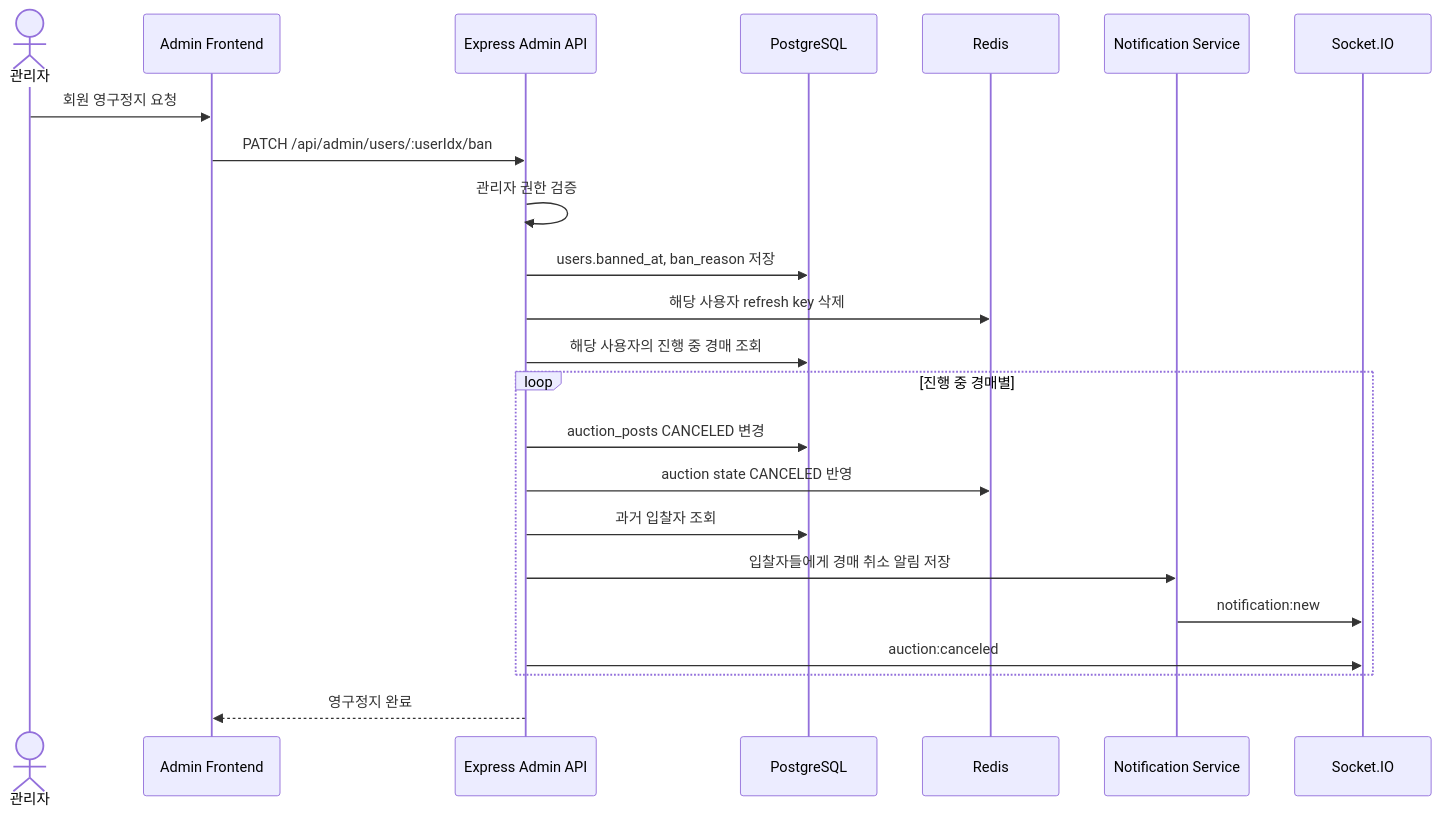
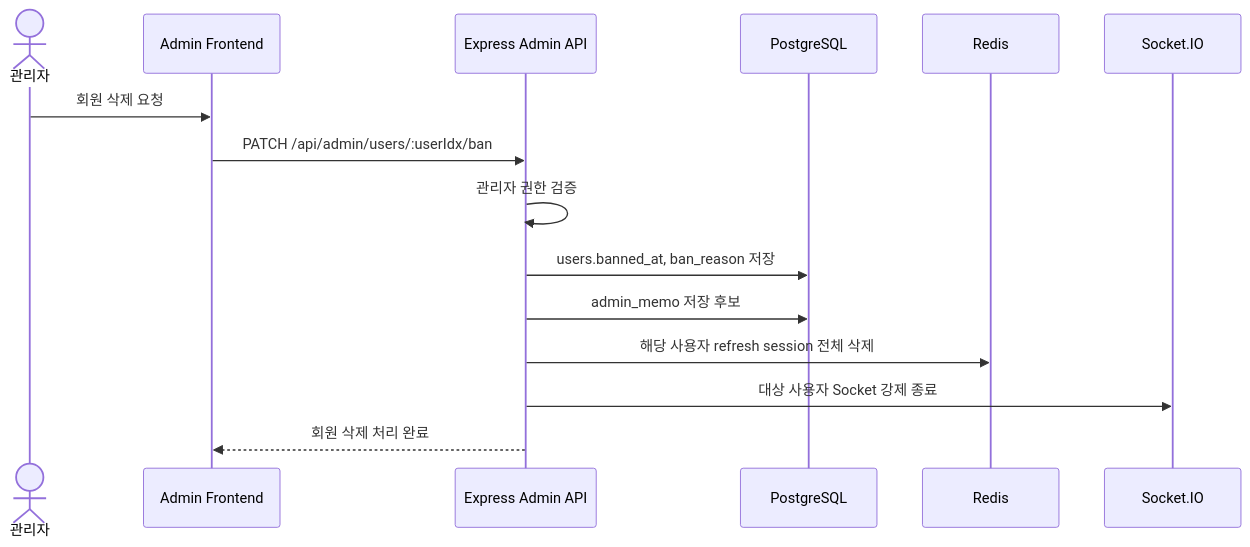
One commit to hurwan0629/potato-land changed the diagram in docs/Potato-Land-Docs/04. 다이어그램/G-01 관리자 영구정지 경매취소 시퀀스.md. Above: the diagram before and after it, drawn with Mermaid. The commit also changed other lines of this file and 27 other files, not shown here.

Commit message:
docs: update docs and synchronize with front flow

````diff
--- a/docs/Potato-Land-Docs/04. 다이어그램/G-01 관리자 영구정지 경매취소 시퀀스.md
+++ b/docs/Potato-Land-Docs/04. 다이어그램/G-01 관리자 영구정지 경매취소 시퀀스.md
@@ -3,26 +3,18 @@
 ```mermaid
 sequenceDiagram
     actor Admin as 관리자
     participant F as Admin Frontend
     participant A as Express Admin API
     participant D as PostgreSQL
     participant R as Redis
-    participant N as Notification Service
     participant IO as Socket.IO
 
-    Admin->>F: 회원 영구정지 요청
+    Admin->>F: 회원 삭제 요청
     F->>A: PATCH /api/admin/users/:userIdx/ban
     A->>A: 관리자 권한 검증
     A->>D: users.banned_at, ban_reason 저장
-    A->>R: 해당 사용자 refresh key 삭제
-    A->>D: 해당 사용자의 진행 중 경매 조회
-    loop 진행 중 경매별
-        A->>D: auction_posts CANCELED 변경
-        A->>R: auction state CANCELED 반영
-        A->>D: 과거 입찰자 조회
-        A->>N: 입찰자들에게 경매 취소 알림 저장
-        N->>IO: notification:new
-        A->>IO: auction:canceled
-    end
-    A-->>F: 영구정지 완료
+    A->>D: admin_memo 저장 후보
+    A->>R: 해당 사용자 refresh session 전체 삭제
+    A->>IO: 대상 사용자 Socket 강제 종료
+    A-->>F: 회원 삭제 처리 완료
 ```
````
